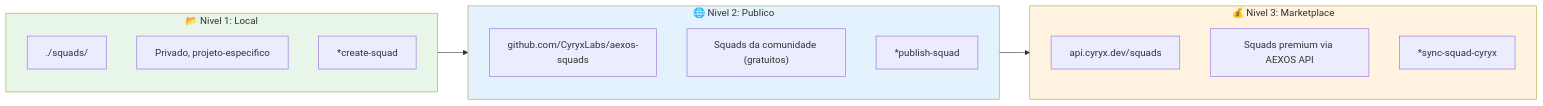
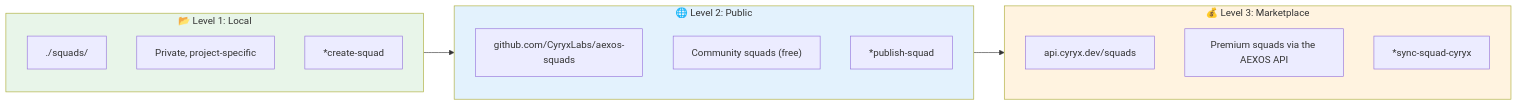
Before and after one commit to CyryxLabs/AEXOS: the sixth of 6 diagrams in docs/aexos-agent-flows/squad-creator-system.md, drawn with Mermaid. The commit also changed other lines of this file and 528 other files, not shown here.

````diff
--- a/docs/aexos-agent-flows/squad-creator-system.md
+++ b/docs/aexos-agent-flows/squad-creator-system.md
@@ -558,27 +558,27 @@
 ```mermaid
 flowchart LR
-    subgraph LOCAL["📂 Nivel 1: Local"]
+    subgraph LOCAL["📂 Level 1: Local"]
         L_PATH["./squads/"]
-        L_DESC["Privado, projeto-especifico"]
+        L_DESC["Private, project-specific"]
         L_CMD["*create-squad"]
     end
 
-    subgraph PUBLIC["🌐 Nivel 2: Publico"]
+    subgraph PUBLIC["🌐 Level 2: Public"]
         P_REPO["github.com/CyryxLabs/aexos-squads"]
-        P_DESC["Squads da comunidade (gratuitos)"]
+        P_DESC["Community squads (free)"]
         P_CMD["*publish-squad"]
     end
 
-    subgraph MARKET["💰 Nivel 3: Marketplace"]
+    subgraph MARKET["💰 Level 3: Marketplace"]
         M_API["api.cyryx.dev/squads"]
-        M_DESC["Squads premium via AEXOS API"]
+        M_DESC["Premium squads via the AEXOS API"]
         M_CMD["*sync-squad-cyryx"]
     end
 
     LOCAL --> PUBLIC
     PUBLIC --> MARKET
 
     style LOCAL fill:#e8f5e9
     style PUBLIC fill:#e3f2fd
     style MARKET fill:#fff3e0
 ```
````
